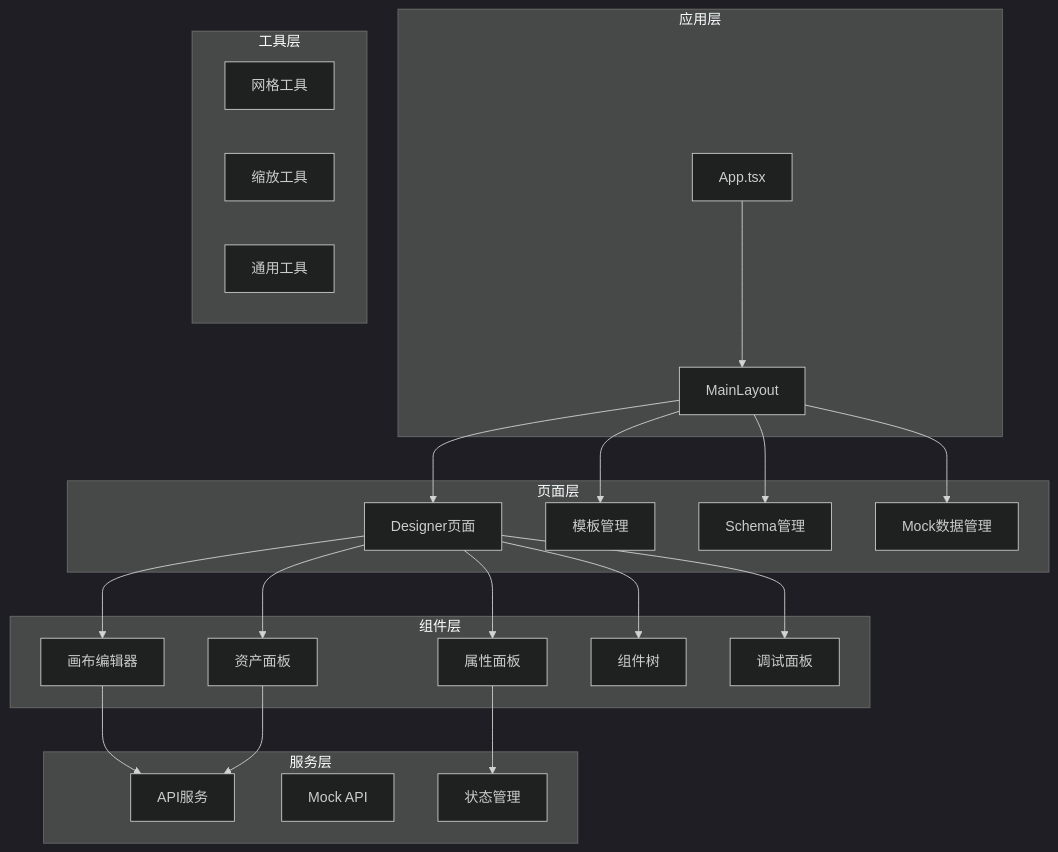
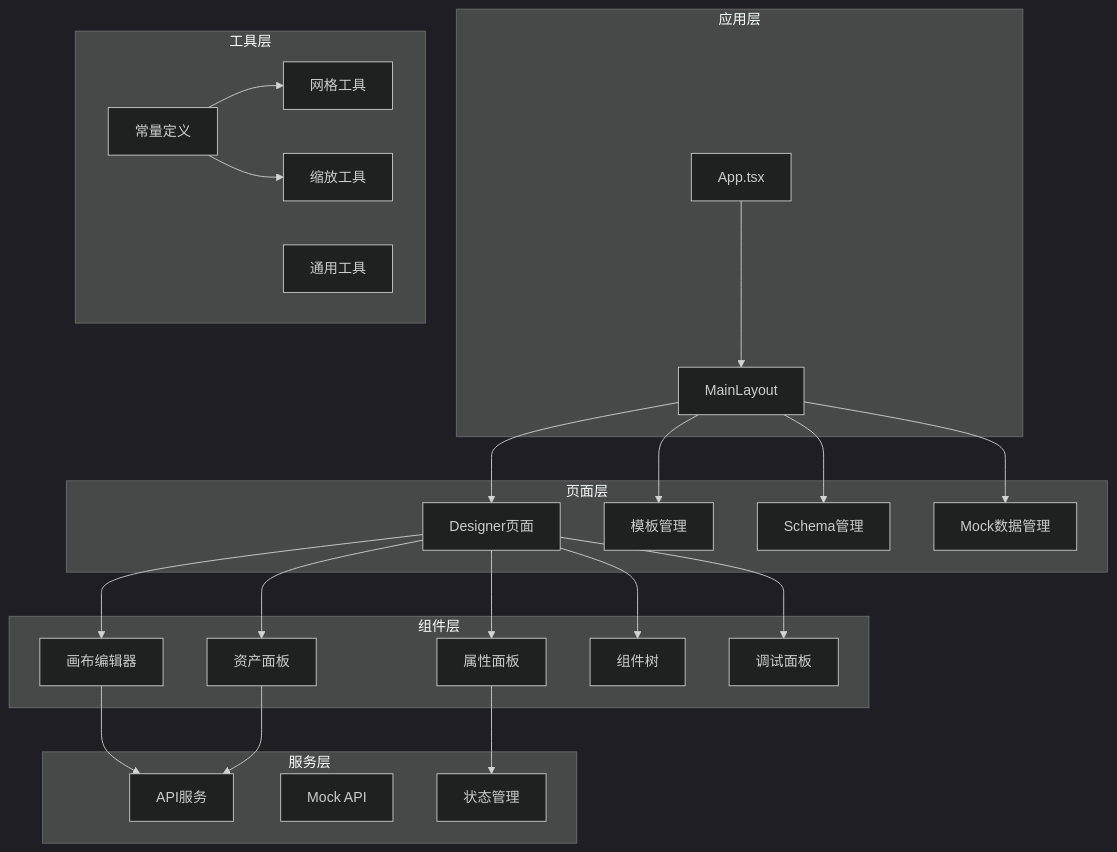
Before and after one commit to joker-yjc/printer: the first of 11 diagrams in .qoder/repowiki/zh/content/项目概述/核心特性/可视化模板设计器/设计器 README 文档.md, drawn with Mermaid (dark theme). The commit also changed other lines of this file and 121 other files, not shown here.

````diff
--- a/.qoder/repowiki/zh/content/项目概述/核心特性/可视化模板设计器/设计器 README 文档.md
+++ b/.qoder/repowiki/zh/content/项目概述/核心特性/可视化模板设计器/设计器 README 文档.md
@@ -43,43 +55,46 @@
 ```mermaid
 graph TB
 subgraph "应用层"
 App[App.tsx]
 MainLayout[MainLayout]
 end
 subgraph "页面层"
 Designer[Designer页面]
 TemplateManagement[模板管理]
 SchemaManagement[Schema管理]
 MockDataManagement[Mock数据管理]
 end
 subgraph "组件层"
 AssetPanel[资产面板]
 Canvas[画布编辑器]
 PropertyPanel[属性面板]
 ComponentTreePanel[组件树]
 DebugPanel[调试面板]
 end
 subgraph "服务层"
 API[API服务]
 MockAPI[Mock API]
 Store[状态管理]
 end
 subgraph "工具层"
 Grid[网格工具]
 Zoom[缩放工具]
 Utils[通用工具]
+Constants[常量定义]
 end
 App --> MainLayout
 MainLayout --> Designer
 MainLayout --> TemplateManagement
 MainLayout --> SchemaManagement
 MainLayout --> MockDataManagement
 Designer --> AssetPanel
 Designer --> Canvas
 Designer --> PropertyPanel
 Designer --> ComponentTreePanel
 Designer --> DebugPanel
 Canvas --> API
 PropertyPanel --> Store
 AssetPanel --> API
+Constants --> Grid
+Constants --> Zoom
 ```
````
